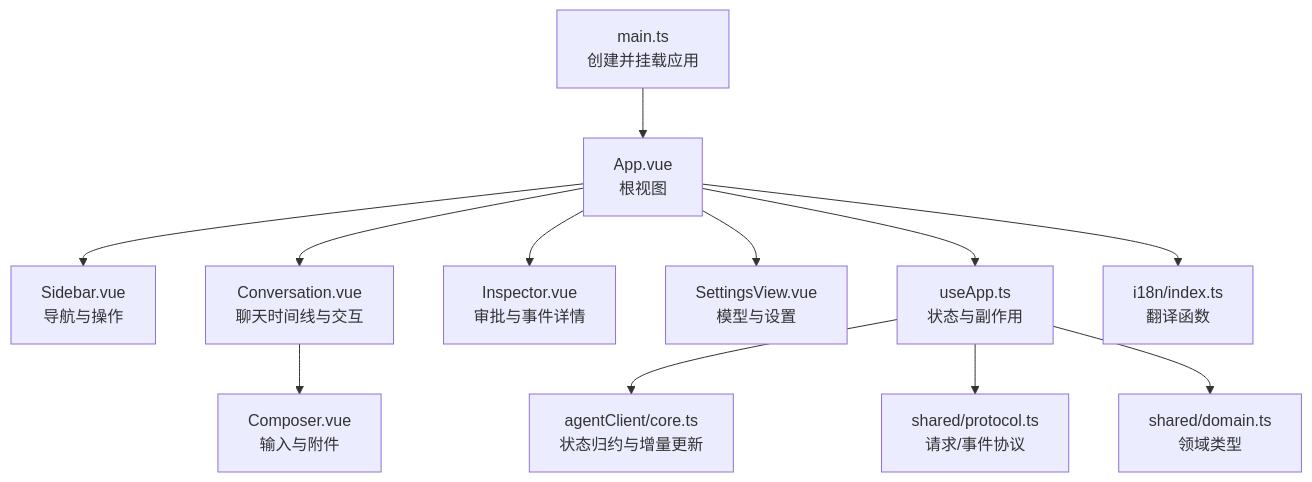
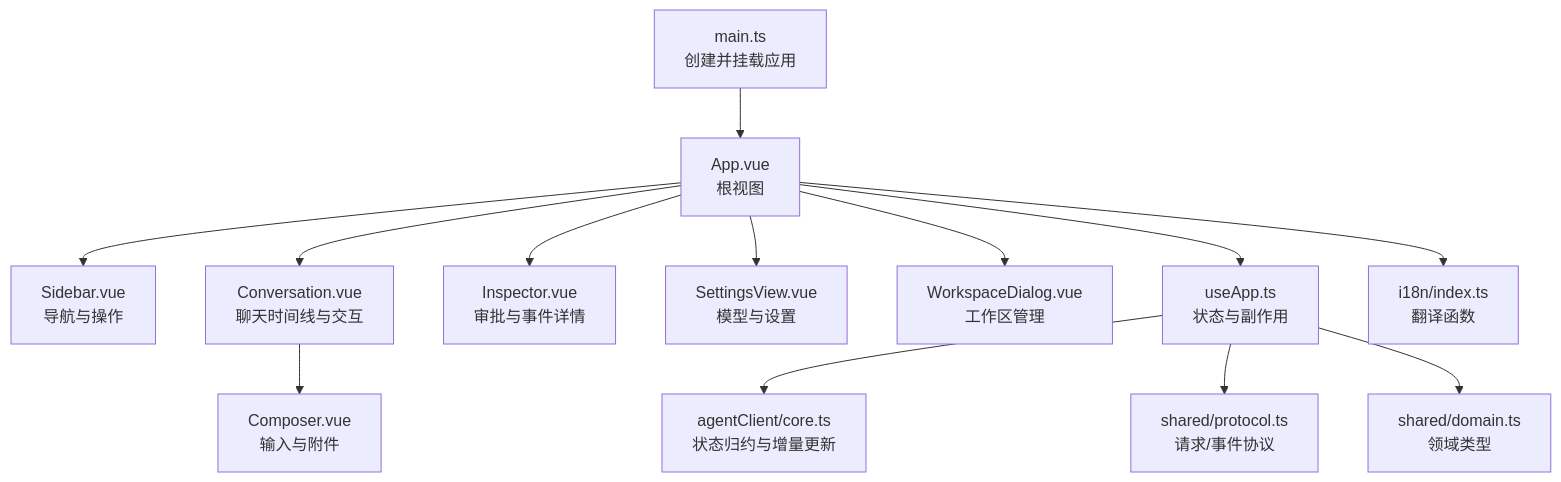
Before and after one commit to dyx-9163/ai-aifar: the first of 6 diagrams in .qoder/repowiki/zh/content/核心模块/渲染进程/Vue.js 应用架构.md, drawn with Mermaid. The commit also changed other lines of this file and 10 other files, not shown here.

````diff
--- a/.qoder/repowiki/zh/content/核心模块/渲染进程/Vue.js 应用架构.md
+++ b/.qoder/repowiki/zh/content/核心模块/渲染进程/Vue.js 应用架构.md
@@ -51,14 +61,15 @@
 ```mermaid
 graph TB
 A["main.ts<br/>创建并挂载应用"] --> B["App.vue<br/>根视图"]
 B --> C["Sidebar.vue<br/>导航与操作"]
 B --> D["Conversation.vue<br/>聊天时间线与交互"]
 B --> E["Inspector.vue<br/>审批与事件详情"]
 B --> F["SettingsView.vue<br/>模型与设置"]
-D --> G["Composer.vue<br/>输入与附件"]
-B --> H["useApp.ts<br/>状态与副作用"]
-H --> I["agentClient/core.ts<br/>状态归约与增量更新"]
-H --> J["shared/protocol.ts<br/>请求/事件协议"]
-H --> K["shared/domain.ts<br/>领域类型"]
-B --> L["i18n/index.ts<br/>翻译函数"]
+B --> G["WorkspaceDialog.vue<br/>工作区管理"]
+D --> H["Composer.vue<br/>输入与附件"]
+B --> I["useApp.ts<br/>状态与副作用"]
+I --> J["agentClient/core.ts<br/>状态归约与增量更新"]
+I --> K["shared/protocol.ts<br/>请求/事件协议"]
+I --> L["shared/domain.ts<br/>领域类型"]
+B --> M["i18n/index.ts<br/>翻译函数"]
 ```
````
